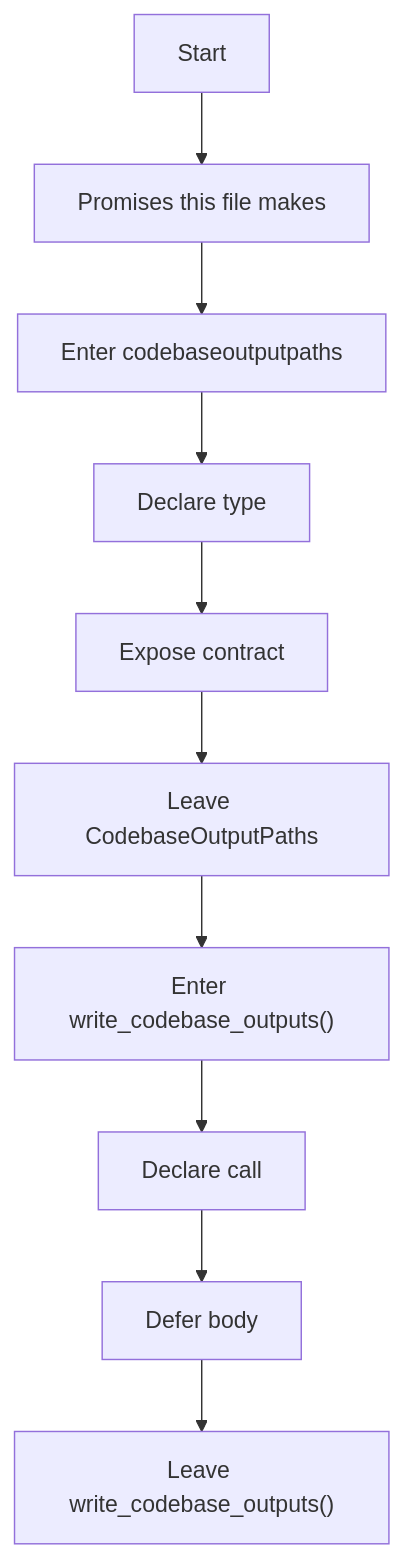
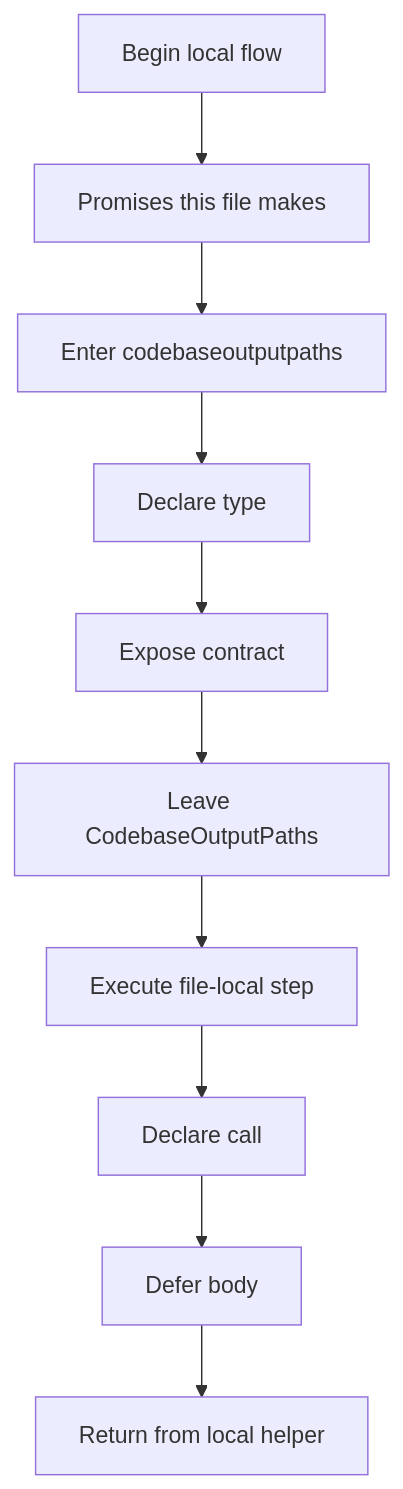
One commit to JohnAndrewBalbarosa/NeoTerritory changed the first of 4 diagrams in docs/Codebase/Microservice/Modules/Header/SyntacticBrokenAST/OutputGeneration/Render/codebase_output_writer.hpp.md. Above: the diagram before and after it, drawn with Mermaid. The commit also changed other lines of this file and 925 other files, not shown here.

````diff
--- a/docs/Codebase/Microservice/Modules/Header/SyntacticBrokenAST/OutputGeneration/Render/codebase_output_writer.hpp.md
+++ b/docs/Codebase/Microservice/Modules/Header/SyntacticBrokenAST/OutputGeneration/Render/codebase_output_writer.hpp.md
@@ -30,22 +29,22 @@
 ```mermaid
 flowchart TD
-    N0["Start"]
+    N0["Begin local flow"]
     N1["Promises this file makes"]
     N2["Enter codebaseoutputpaths"]
     N3["Declare type"]
     N4["Expose contract"]
     N5["Leave CodebaseOutputPaths"]
-    N6["Enter write_codebase_outputs()"]
+    N6["Execute file-local step"]
     N7["Declare call"]
     N8["Defer body"]
-    N9["Leave write_codebase_outputs()"]
+    N9["Return from local helper"]
     N0 --> N1
     N1 --> N2
     N2 --> N3
     N3 --> N4
     N4 --> N5
     N5 --> N6
     N6 --> N7
     N7 --> N8
     N8 --> N9
 ```
````
